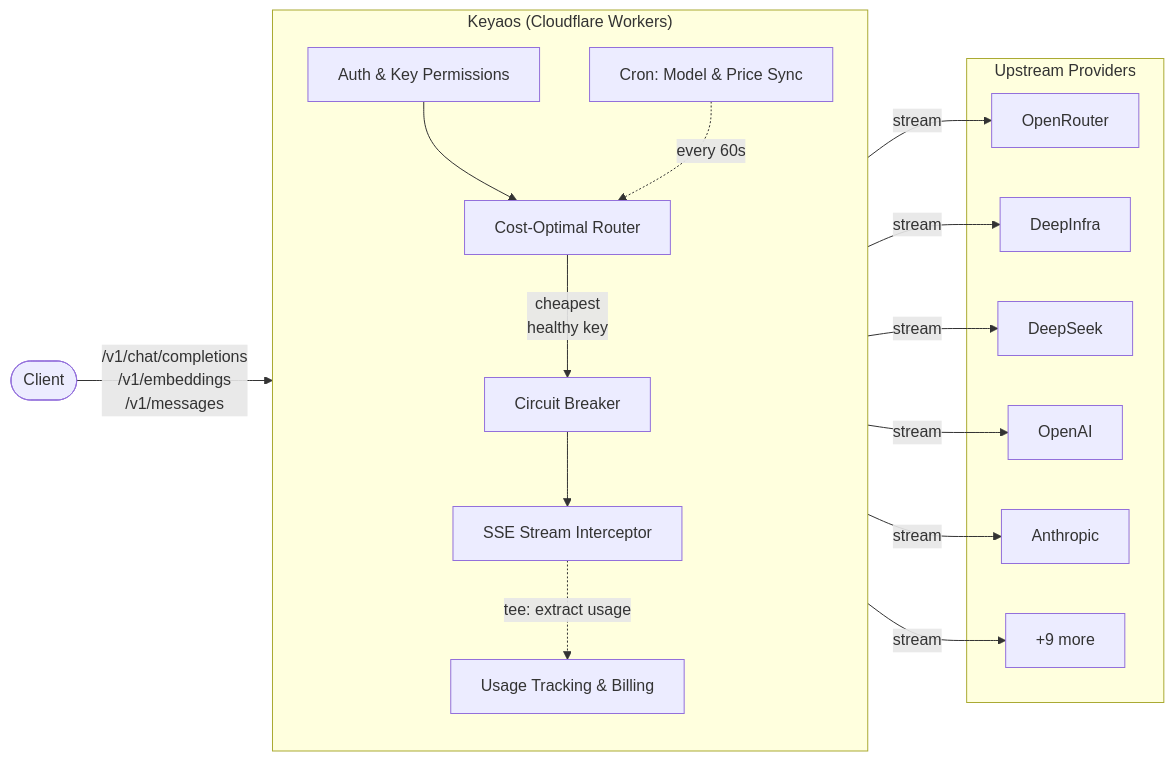
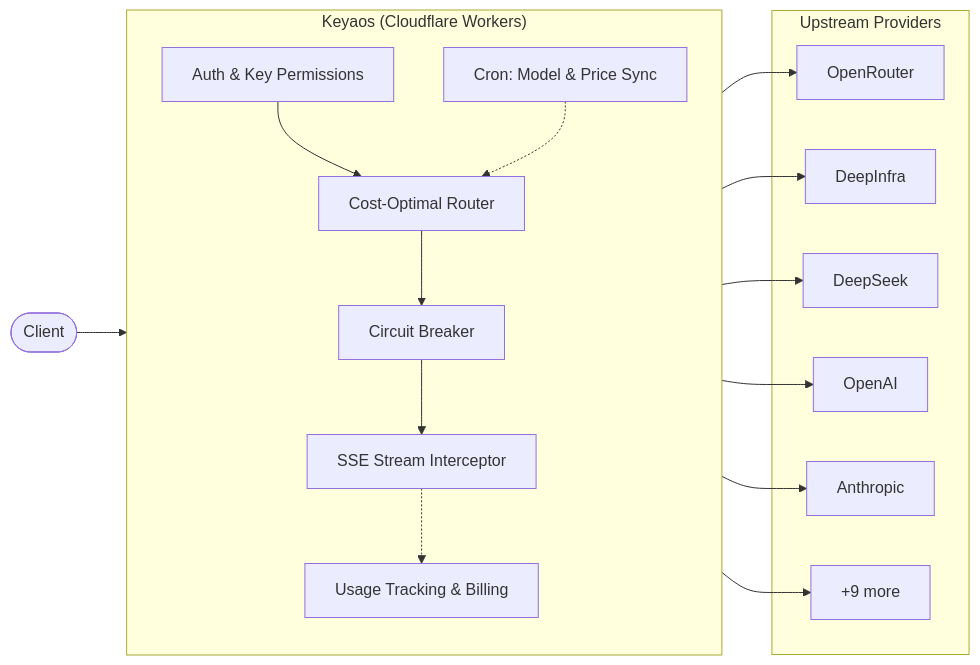
The diagram in README.md (BingoWon/keyaos), drawn with Mermaid before and after one commit. The commit also changed 1 other file, not shown here.

Commit message:
docs: remove edge labels from Mermaid architecture diagram
Clean arrows only — flow details are already explained in the
paragraph below the diagram.

````diff
--- a/README.md
+++ b/README.md
@@ -40,31 +40,31 @@
 ```mermaid
 flowchart LR
     Client([Client])
 
     subgraph Keyaos ["Keyaos (Cloudflare Workers)"]
         direction TB
         Auth[Auth & Key Permissions]
         Router[Cost-Optimal Router]
         CB[Circuit Breaker]
         Intercept[SSE Stream Interceptor]
         Billing[Usage Tracking & Billing]
         Sync[Cron: Model & Price Sync]
     end
 
     subgraph Upstream [Upstream Providers]
         OR[OpenRouter]
         DI[DeepInfra]
         DS[DeepSeek]
         OAI[OpenAI]
         Anthr[Anthropic]
         More["+9 more"]
     end
 
-    Client -- "/v1/chat/completions\n/v1/embeddings\n/v1/messages" --> Auth
+    Client --> Auth
     Auth --> Router
-    Router -- "cheapest\nhealthy key" --> CB
+    Router --> CB
     CB --> Intercept
-    Intercept -- stream --> OR & DI & DS & OAI & Anthr & More
-    Intercept -. "tee: extract usage" .-> Billing
-    Sync -. "every 60s" .-> Router
+    Intercept --> OR & DI & DS & OAI & Anthr & More
+    Intercept -.-> Billing
+    Sync -.-> Router
 ```
````
